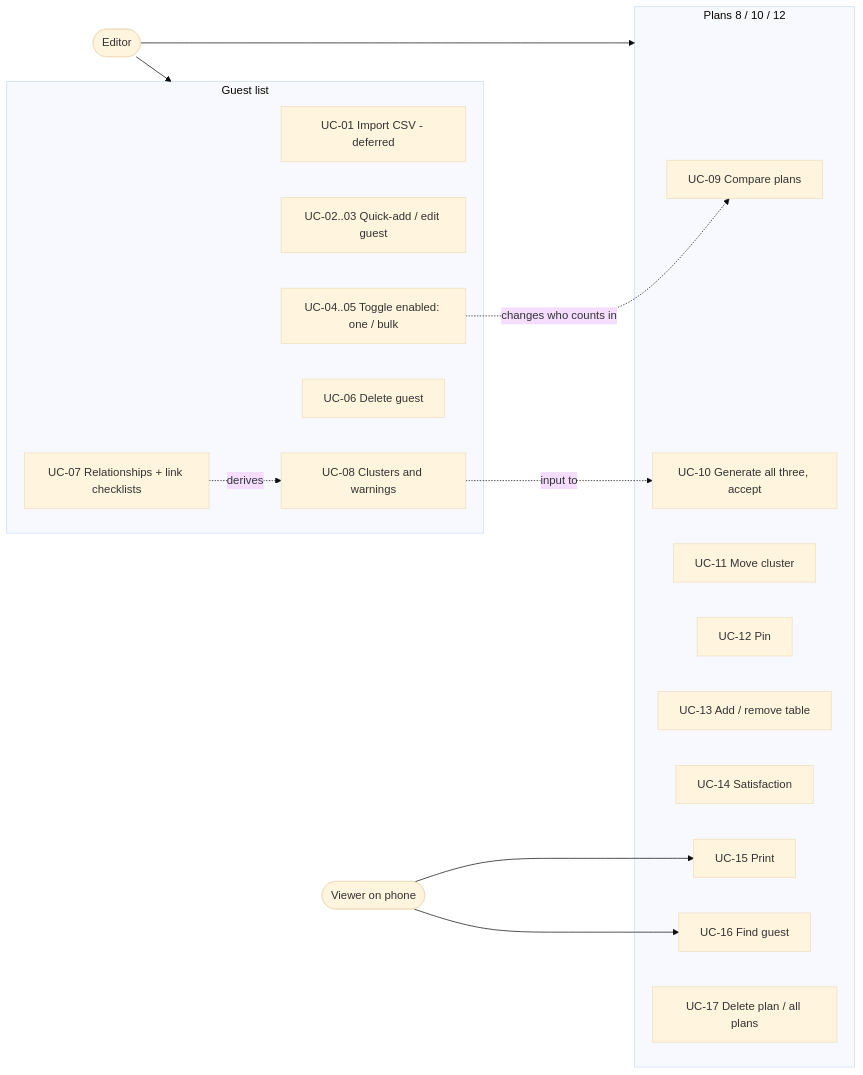
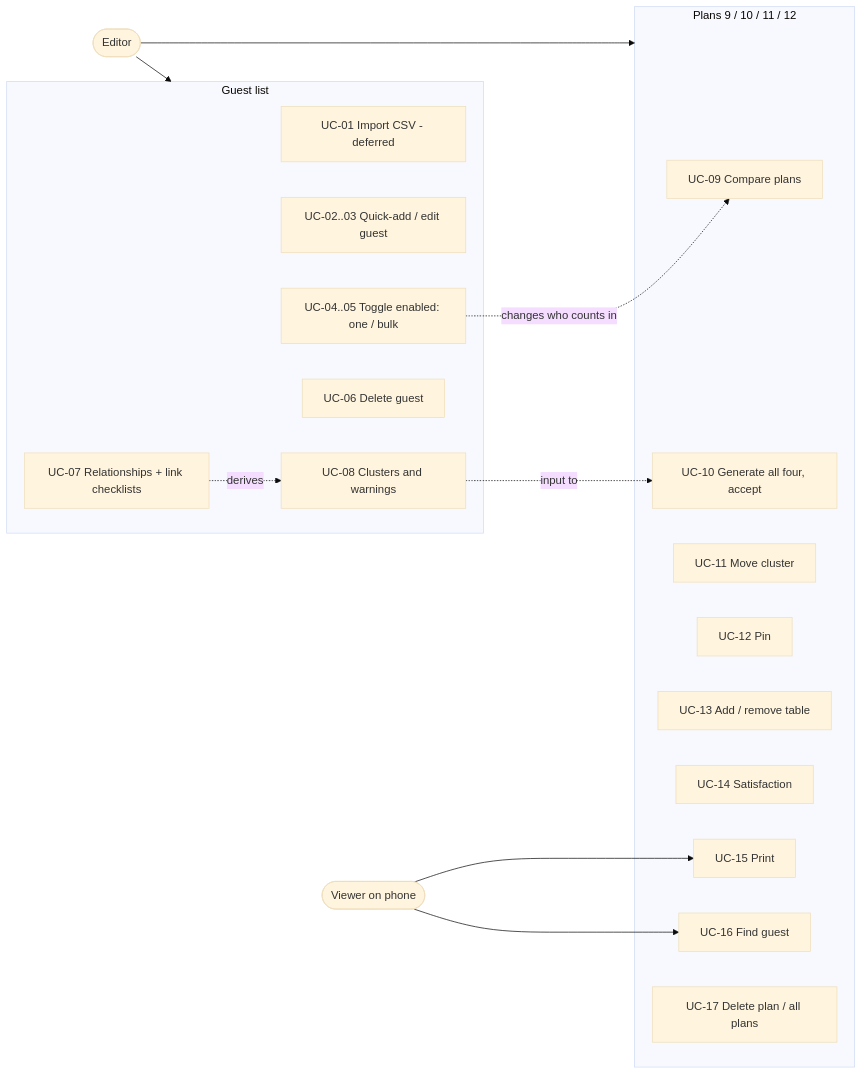
Before and after one commit to emicon123/wedding-seating-planner: the diagram in docs/architecture/01-domain-glossary.md, drawn with Mermaid (base theme). The commit also changed other lines of this file and 22 other files, not shown here.

First line of the commit message:
feat(architecture): table capacities 9/10/11/12 and floor 8 (task 006, phase A)

````diff
--- a/docs/architecture/01-domain-glossary.md
+++ b/docs/architecture/01-domain-glossary.md
@@ -94,31 +94,31 @@
 ```mermaid
 flowchart LR
     E([Editor])
     V([Viewer on phone])
     subgraph GL[Guest list]
         UC01[UC-01 Import CSV - deferred]
         UC02[UC-02..03 Quick-add / edit guest]
         UC04[UC-04..05 Toggle enabled: one / bulk]
         UC06[UC-06 Delete guest]
         UC07[UC-07 Relationships + link checklists]
         UC08[UC-08 Clusters and warnings]
     end
-    subgraph SC[Plans 8 / 10 / 12]
+    subgraph SC[Plans 9 / 10 / 11 / 12]
         UC09[UC-09 Compare plans]
-        UC10[UC-10 Generate all three, accept]
+        UC10[UC-10 Generate all four, accept]
         UC11[UC-11 Move cluster]
         UC12[UC-12 Pin]
         UC13[UC-13 Add / remove table]
         UC14[UC-14 Satisfaction]
         UC15[UC-15 Print]
         UC16[UC-16 Find guest]
         UC17[UC-17 Delete plan / all plans]
     end
     E --> GL
     E --> SC
     V --> UC16
     V --> UC15
     UC07 -. derives .-> UC08
     UC04 -. changes who counts in .-> UC09
     UC08 -. input to .-> UC10
 ```
````
